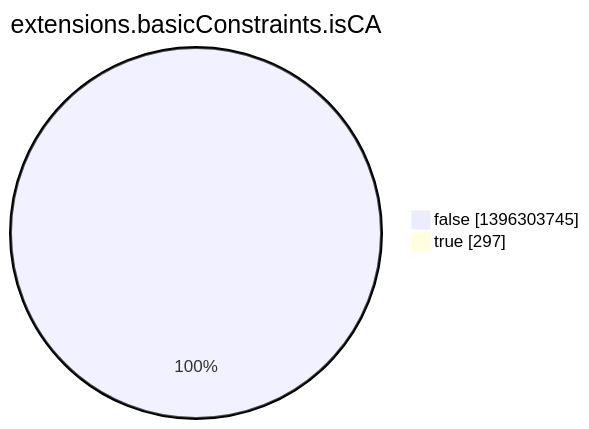
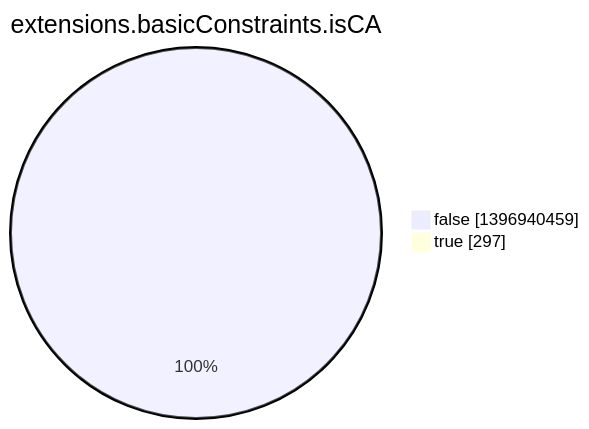
Before and after one commit to christiankrug/ctmonitor_visualization: the eighth of 15 diagrams in argon2022/README.md, drawn with Mermaid. The commit also changed other lines of this file, not shown here.

````diff
--- a/argon2022/README.md
+++ b/argon2022/README.md
@@ -2759,6 +2759,6 @@
 ```mermaid
 pie showData
 title extensions.basicConstraints.isCA
-"false" :1396303745
+"false" :1396940459
 "true" :297
 ```
````
